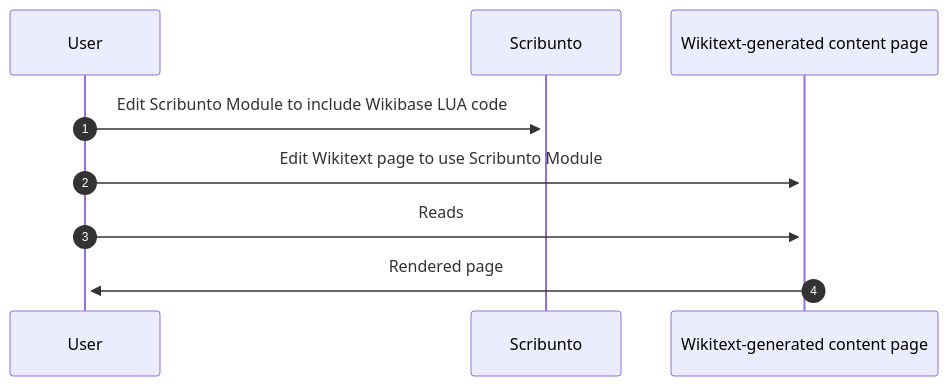
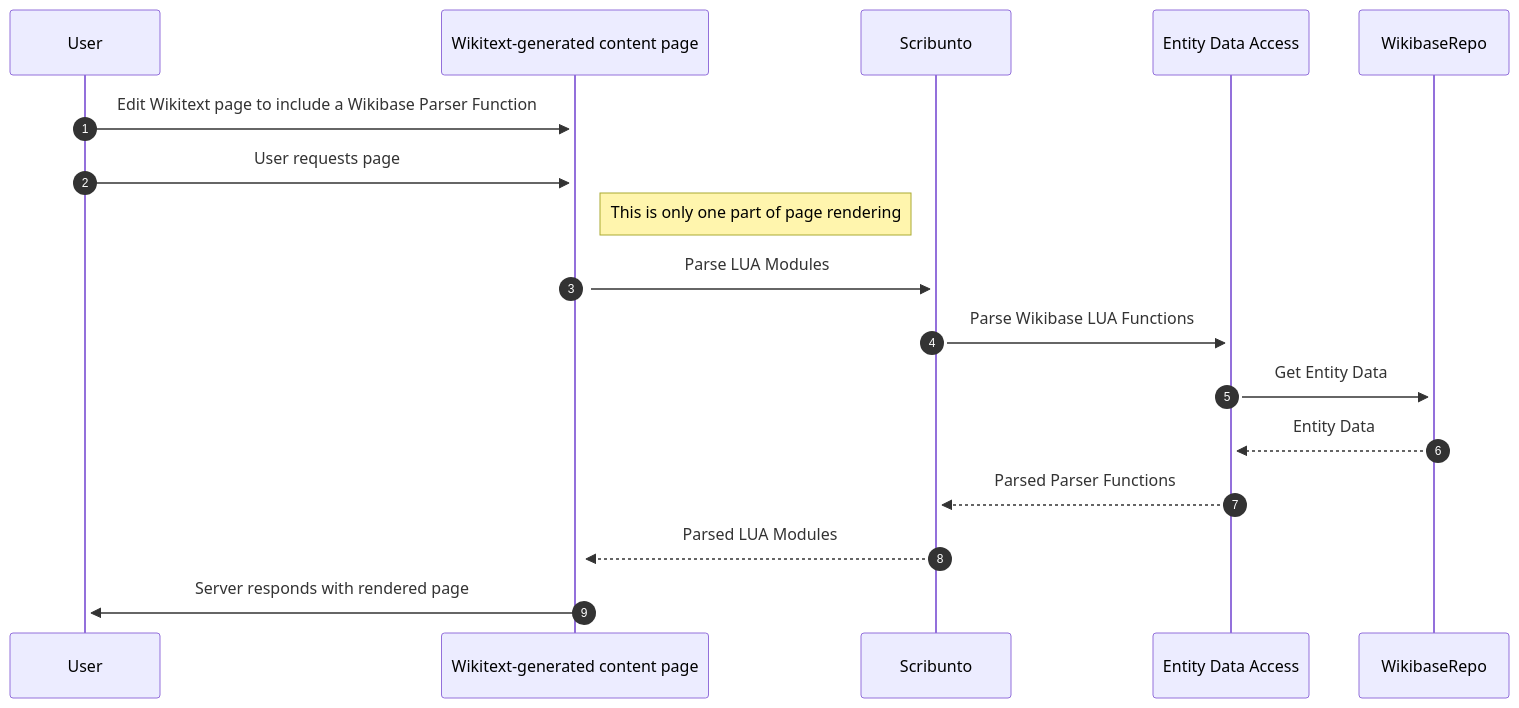
The sixth of 7 diagrams in systems/WikibaseClient/06-Runtime_View.md (wmde/wikidata-wikibase-architecture), drawn with Mermaid before and after one commit. The commit also changed other lines of this file, not shown here.

Commit message:
Include Repo etc in parser function & LUA runtime diagrams

````diff
--- a/systems/WikibaseClient/06-Runtime_View.md
+++ b/systems/WikibaseClient/06-Runtime_View.md
@@ -98,8 +98,14 @@
 ```mermaid
 sequenceDiagram
     autonumber
-    User->>+Scribunto: Edit Scribunto Module to include Wikibase LUA code
-    User->>+Wikitext-generated content page: Edit Wikitext page to use Scribunto Module
-    User->>+Wikitext-generated content page: Reads
-    Wikitext-generated content page->>+User: Rendered page
+    User->>+Wikitext-generated content page: Edit Wikitext page to include a Wikibase Parser Function
+    User->>+Wikitext-generated content page: User requests page
+    Note right of Wikitext-generated content page: This is only one part of page rendering
+    Wikitext-generated content page->>+Scribunto: Parse LUA Modules
+    Scribunto->>+Entity Data Access: Parse Wikibase LUA Functions
+    Entity Data Access->>+WikibaseRepo: Get Entity Data
+    WikibaseRepo-->>Entity Data Access: Entity Data
+    Entity Data Access-->>Scribunto: Parsed Parser Functions
+    Scribunto-->>Wikitext-generated content page: Parsed LUA Modules
+    Wikitext-generated content page->>+User: Server responds with rendered page
 ```
````
